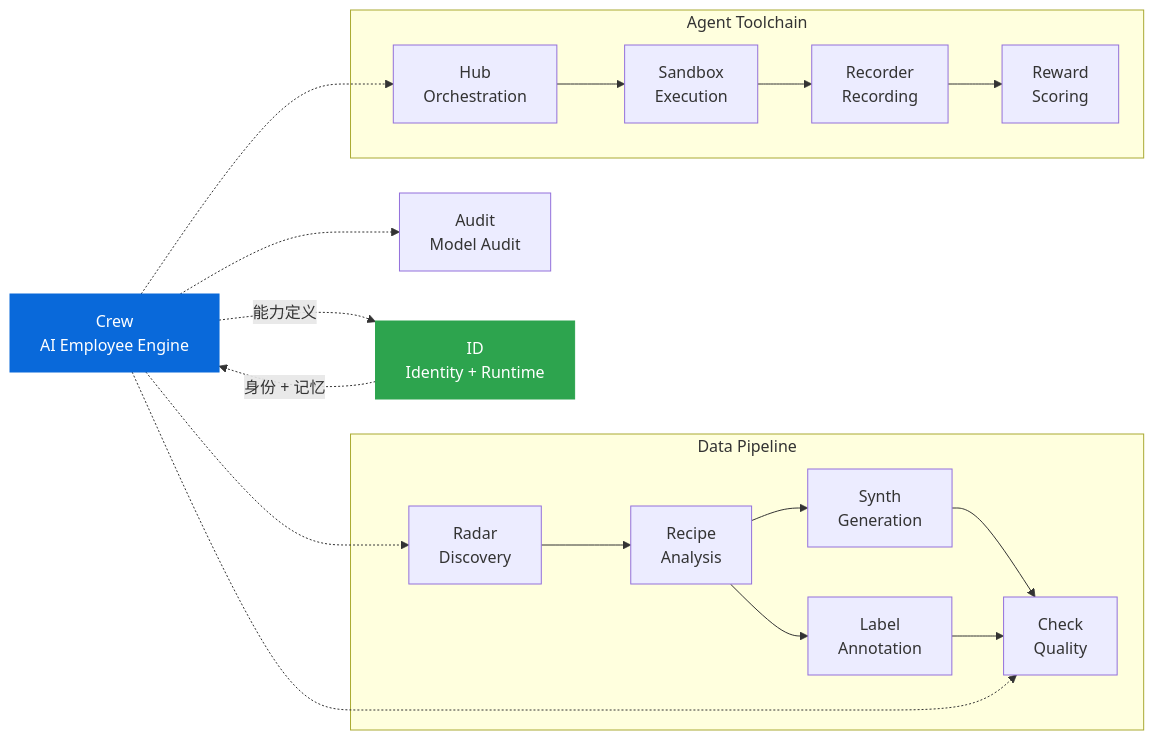
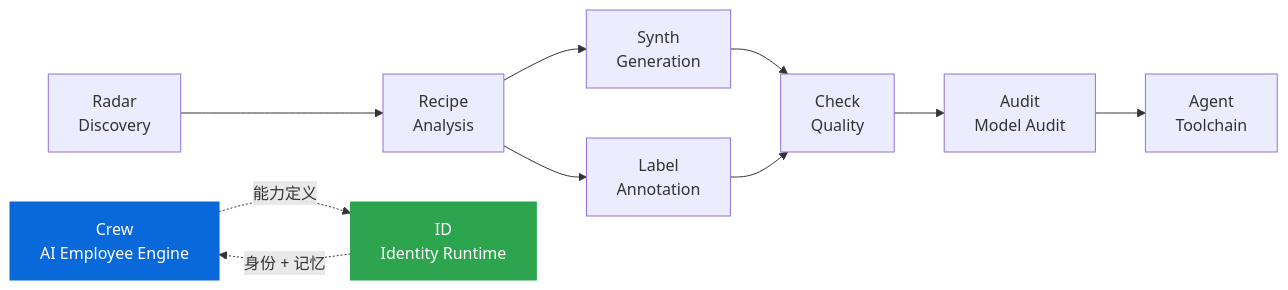
The second of 2 diagrams in README.md (liuxiaotong/knowlyr-crew), drawn with Mermaid before and after one commit. The commit also changed other lines of this file, not shown here.

````diff
--- a/README.md
+++ b/README.md
@@ -1134,26 +545,16 @@
 ```mermaid
 graph LR
-    subgraph Data Pipeline
-        Radar["Radar<br/>Discovery"] --> Recipe["Recipe<br/>Analysis"]
-        Recipe --> Synth["Synth<br/>Generation"]
-        Recipe --> Label["Label<br/>Annotation"]
-        Synth --> Check["Check<br/>Quality"]
-        Label --> Check
-    end
-    Audit["Audit<br/>Model Audit"]
-    subgraph Agent Toolchain
-        Hub["Hub<br/>Orchestration"] --> Sandbox["Sandbox<br/>Execution"]
-        Sandbox --> Recorder["Recorder<br/>Recording"]
-        Recorder --> Reward["Reward<br/>Scoring"]
-    end
+    Radar["Radar<br/>Discovery"] --> Recipe["Recipe<br/>Analysis"]
+    Recipe --> Synth["Synth<br/>Generation"]
+    Recipe --> Label["Label<br/>Annotation"]
+    Synth --> Check["Check<br/>Quality"]
+    Label --> Check
+    Check --> Audit["Audit<br/>Model Audit"]
+    Audit --> Agent["Agent<br/>Toolchain"]
     Crew["Crew<br/>AI Employee Engine"]
-    ID["ID<br/>Identity + Runtime"]
-    Crew -.-> Radar
-    Crew -.-> Check
-    Crew -.-> Audit
-    Crew -.-> Hub
+    ID["ID<br/>Identity Runtime"]
     Crew -.->|能力定义| ID
     ID -.->|身份 + 记忆| Crew
     style Crew fill:#0969da,color:#fff,stroke:#0969da
     style ID fill:#2da44e,color:#fff,stroke:#2da44e
 ```
````
